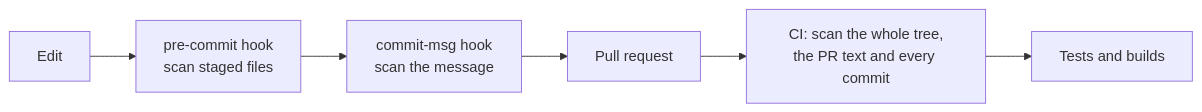
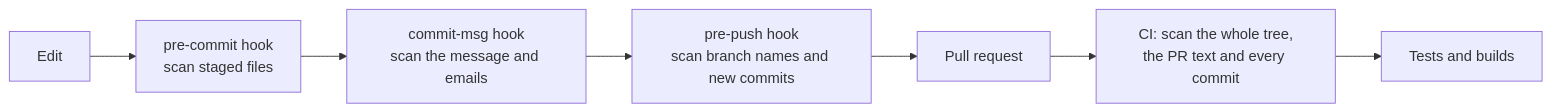
Before and after one commit to aGamingGod1234/mineagen: the sixth of 6 diagrams in ARCHITECTURE.md, drawn with Mermaid. The commit also changed other lines of this file and 2 other files, not shown here.

First line of the commit message:
Bring the architecture and development docs up to date with main

````diff
--- a/ARCHITECTURE.md
+++ b/ARCHITECTURE.md
@@ -329,8 +339,9 @@
 ```mermaid
 flowchart LR
   E["Edit"] --> PC["pre-commit hook<br/>scan staged files"]
-  PC --> CM["commit-msg hook<br/>scan the message"]
-  CM --> PR["Pull request"]
+  PC --> CM["commit-msg hook<br/>scan the message and emails"]
+  CM --> PP["pre-push hook<br/>scan branch names and new commits"]
+  PP --> PR["Pull request"]
   PR --> CI["CI: scan the whole tree,<br/>the PR text and every commit"]
   CI --> T["Tests and builds"]
 ```
````
